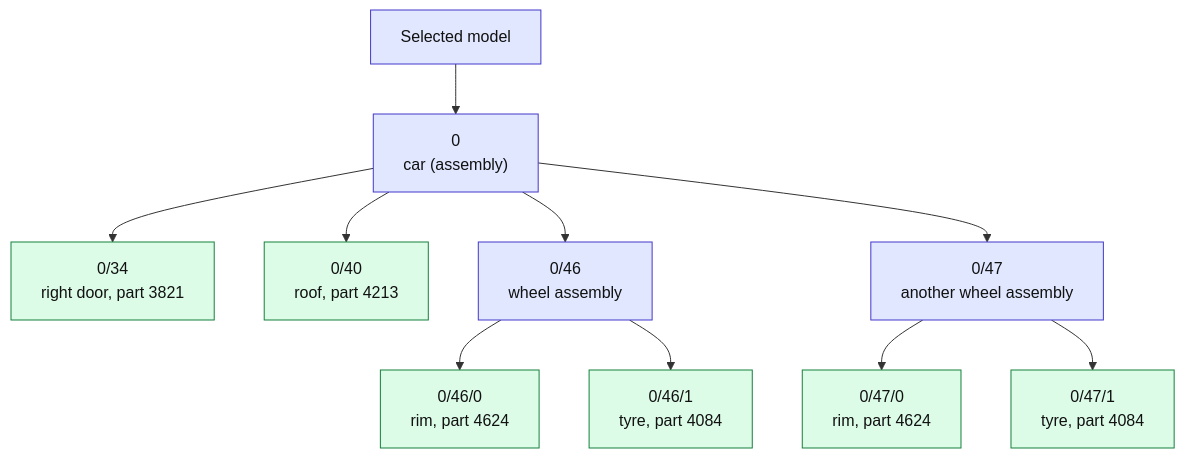
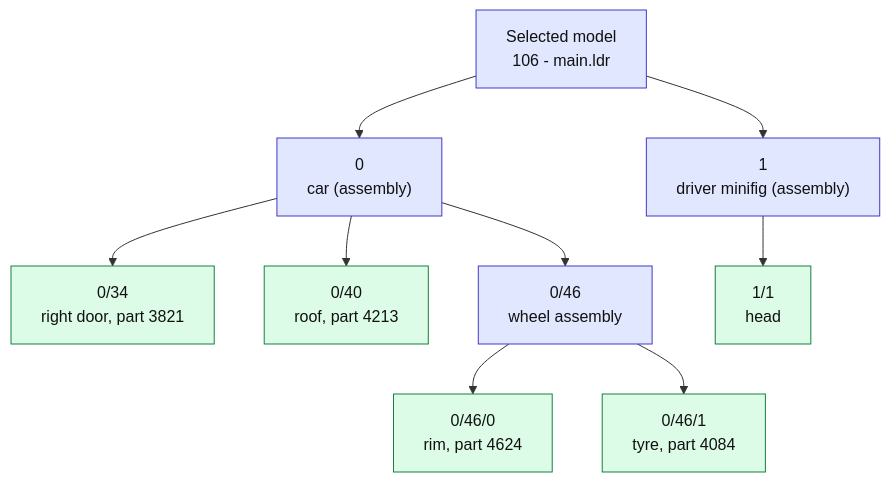
Before and after one commit to anteloc/ldraw-mecha: the third of 25 diagrams in docs/how-it-works.md, drawn with Mermaid. The commit also changed other lines of this file and 1 other file, not shown here.

````diff
--- a/docs/how-it-works.md
+++ b/docs/how-it-works.md
@@ -140,21 +137,20 @@
 ```mermaid
 flowchart TD
-    top["Selected model"]
+    top["Selected model<br/>106 - main.ldr"]
     car["0<br/>car (assembly)"]
+    driver["1<br/>driver minifig (assembly)"]
     door["0/34<br/>right door, part 3821"]
     roof["0/40<br/>roof, part 4213"]
     wa["0/46<br/>wheel assembly"]
-    wb["0/47<br/>another wheel assembly"]
     rim["0/46/0<br/>rim, part 4624"]
     tyre["0/46/1<br/>tyre, part 4084"]
-    rim2["0/47/0<br/>rim, part 4624"]
-    tyre2["0/47/1<br/>tyre, part 4084"]
-    top --> car
-    car --> door & roof & wa & wb
+    head["1/1<br/>head"]
+    top --> car & driver
+    car --> door & roof & wa
     wa --> rim & tyre
-    wb --> rim2 & tyre2
+    driver --> head
     classDef assembly fill:#e0e7ff,stroke:#4338ca,color:#111
     classDef part fill:#dcfce7,stroke:#15803d,color:#111
-    class top,car,wa,wb assembly
-    class door,roof,rim,tyre,rim2,tyre2 part
+    class top,car,driver,wa assembly
+    class door,roof,rim,tyre,head part
 ```
````
